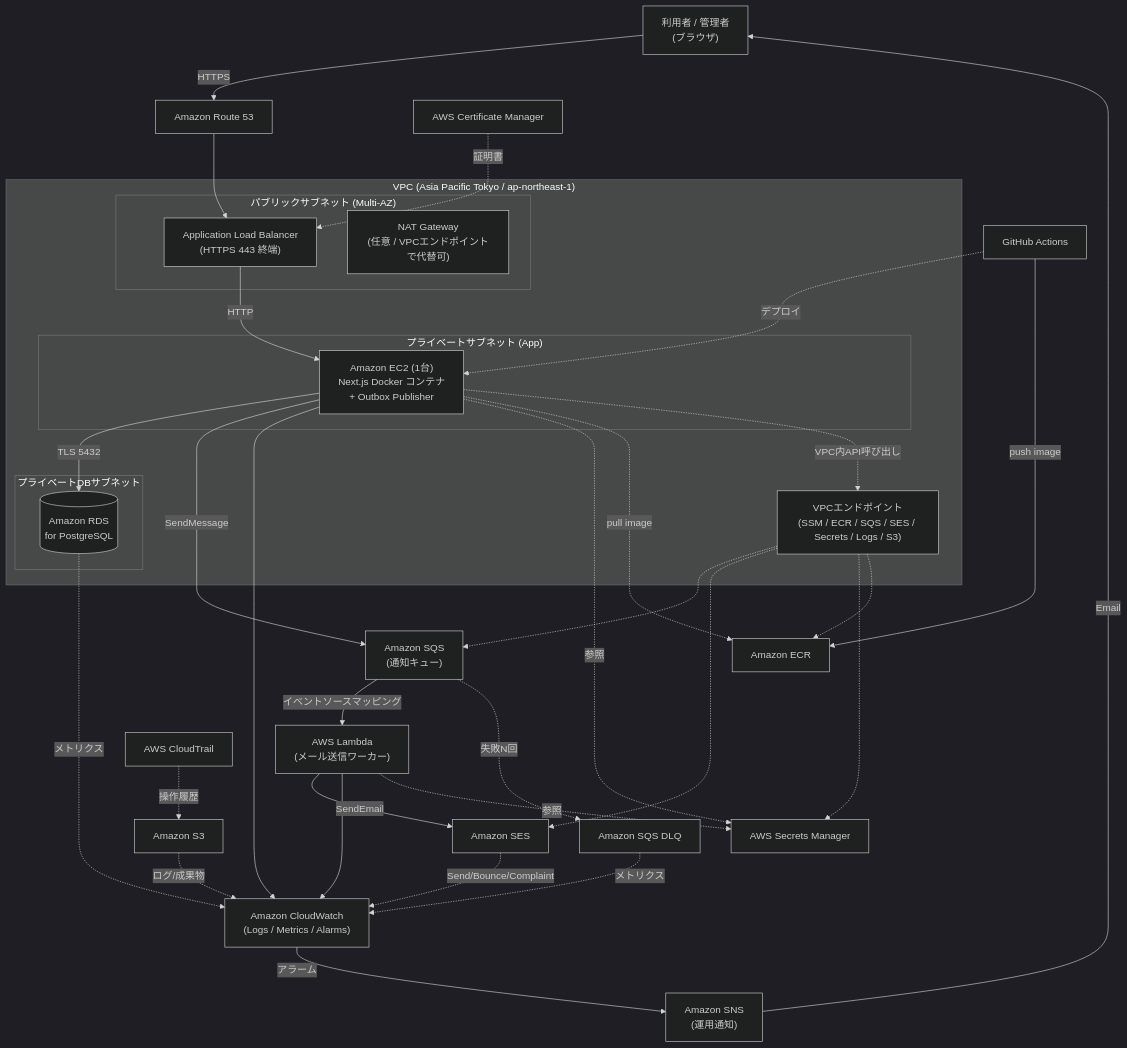
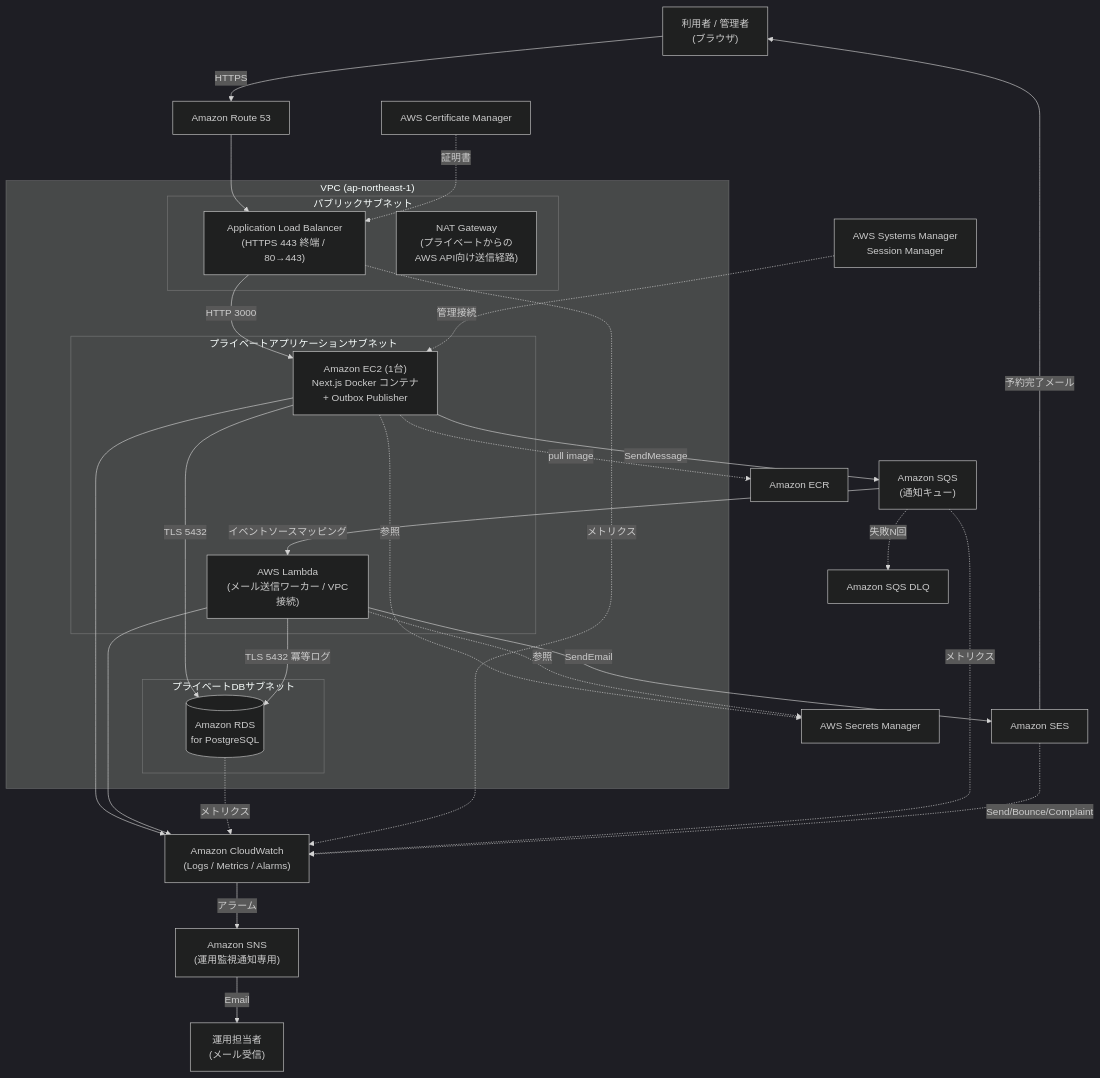
One commit to wataru-naba/ozaki-rsv-nextjs changed the first of 7 diagrams in docs/aws-production-architecture.md. Above: the diagram before and after it, drawn with Mermaid (dark theme). The commit also changed other lines of this file, not shown here.

````diff
--- a/docs/aws-production-architecture.md
+++ b/docs/aws-production-architecture.md
@@ -152,60 +155,54 @@
 ```mermaid
 flowchart TB
     User["利用者 / 管理者<br/>(ブラウザ)"]
+    Ops["運用担当者<br/>(メール受信)"]
     Route53["Amazon Route 53"]
     ACM["AWS Certificate Manager"]
 
-    subgraph VPC["VPC (Asia Pacific Tokyo / ap-northeast-1)"]
-        subgraph PubSub["パブリックサブネット (Multi-AZ)"]
-            ALB["Application Load Balancer<br/>(HTTPS 443 終端)"]
-            NAT["NAT Gateway<br/>(任意 / VPCエンドポイントで代替可)"]
+    subgraph VPC["VPC (ap-northeast-1)"]
+        subgraph PubSub["パブリックサブネット"]
+            ALB["Application Load Balancer<br/>(HTTPS 443 終端 / 80→443)"]
+            NAT["NAT Gateway<br/>(プライベートからの<br/>AWS API向け送信経路)"]
         end
-        subgraph PrivSubApp["プライベートサブネット (App)"]
+        subgraph PrivApp["プライベートアプリケーションサブネット"]
             EC2["Amazon EC2 (1台)<br/>Next.js Docker コンテナ<br/>+ Outbox Publisher"]
+            Lambda["AWS Lambda<br/>(メール送信ワーカー / VPC接続)"]
         end
-        subgraph PrivSubDB["プライベートDBサブネット"]
+        subgraph PrivDB["プライベートDBサブネット"]
             RDS[("Amazon RDS<br/>for PostgreSQL")]
         end
-        VPCE["VPCエンドポイント<br/>(SSM / ECR / SQS / SES / Secrets / Logs / S3)"]
     end
 
     SQS["Amazon SQS<br/>(通知キュー)"]
     DLQ["Amazon SQS DLQ"]
-    Lambda["AWS Lambda<br/>(メール送信ワーカー)"]
     SES["Amazon SES"]
     CW["Amazon CloudWatch<br/>(Logs / Metrics / Alarms)"]
-    SNS["Amazon SNS<br/>(運用通知)"]
+    SNS["Amazon SNS<br/>(運用監視通知専用)"]
     Secrets["AWS Secrets Manager"]
     ECR["Amazon ECR"]
-    S3["Amazon S3"]
-    CT["AWS CloudTrail"]
-    GHA["GitHub Actions"]
+    SSM["AWS Systems Manager<br/>Session Manager"]
 
     User -->|HTTPS| Route53 --> ALB
     ACM -.証明書.-> ALB
-    ALB -->|HTTP| EC2
+    ALB -->|HTTP 3000| EC2
     EC2 -->|TLS 5432| RDS
     EC2 -->|SendMessage| SQS
     SQS -->|イベントソースマッピング| Lambda
     SQS -.失敗N回.-> DLQ
+    Lambda -->|TLS 5432 冪等ログ| RDS
     Lambda -->|SendEmail| SES
-    DLQ -.メトリクス.-> CW
-    Lambda --> CW
-    EC2 --> CW
-    RDS -.メトリクス.-> CW
-    SES -.Send/Bounce/Complaint.-> CW
-    CW -->|アラーム| SNS -->|Email| User
+    SES -->|予約完了メール| User
+
+    EC2 -.pull image.-> ECR
     EC2 -.参照.-> Secrets
     Lambda -.参照.-> Secrets
-    GHA -->|push image| ECR
-    EC2 -.pull image.-> ECR
-    GHA -.デプロイ.-> EC2
-    S3 -.ログ/成果物.-> CW
-    CT -.操作履歴.-> S3
+    SSM -.管理接続.-> EC2
 
-    EC2 -.VPC内API呼び出し.-> VPCE
-    VPCE -.-> SQS
-    VPCE -.-> SES
-    VPCE -.-> Secrets
-    VPCE -.-> ECR
+    EC2 --> CW
+    Lambda --> CW
+    RDS -.メトリクス.-> CW
+    ALB -.メトリクス.-> CW
+    SQS -.メトリクス.-> CW
+    SES -.Send/Bounce/Complaint.-> CW
+    CW -->|アラーム| SNS -->|Email| Ops
 ```
````
